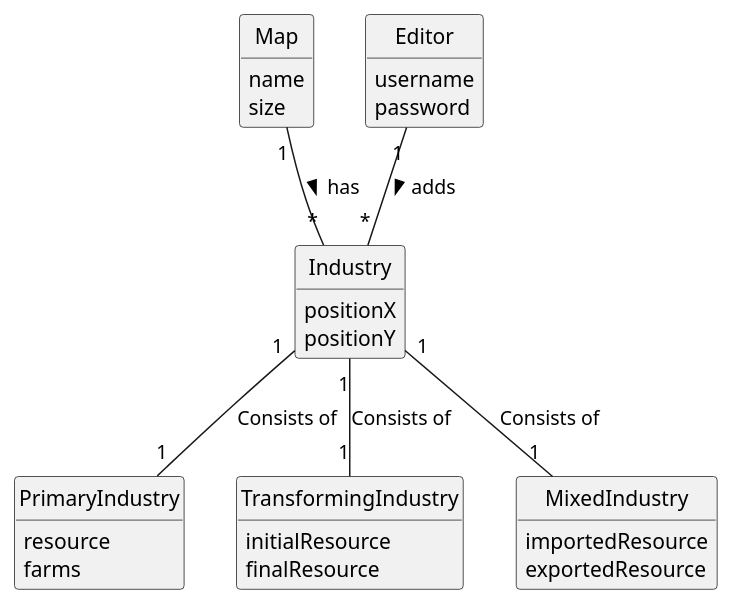
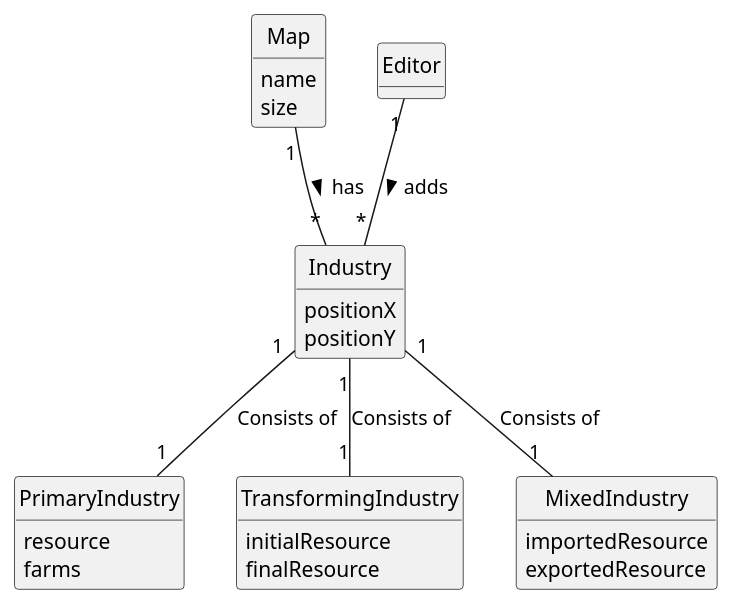
The diagram in docs/system-documentation/US002/02.analysis/puml/US002-DM.puml (bruno-monteiro5/sem2-pi-24.25-g132-repo), drawn with PlantUML before and after one commit. The commit also changed 4 other files, not shown here.

```diff
--- a/docs/system-documentation/US002/02.analysis/puml/US002-DM.puml
+++ b/docs/system-documentation/US002/02.analysis/puml/US002-DM.puml
@@ -1,55 +1,53 @@
 @startuml
 skinparam monochrome true
 skinparam packageStyle rectangle
 skinparam shadowing false
 
 'left to right direction
 
 skinparam classAttributeIconSize 0
 
 hide circle
 hide methods
 
 'title Domain Model
 
 class Map {
     name
     size
 }
 
 class Industry {
     positionX
     positionY
 }
 
 class PrimaryIndustry {
     resource
     farms
 }
 
 class TransformingIndustry {
     initialResource
     finalResource
 }
 
 class MixedIndustry {
     importedResource
     exportedResource
 }
 
 class Editor {
-    username
-    password
 
 }
 
 
 Editor "1" -- "*" Industry: adds >
 
 Map "1" -- "*" Industry : has >
 Industry "1" -- "1" PrimaryIndustry : Consists of
 Industry "1" -- "1" TransformingIndustry : Consists of
 Industry "1" -- "1" MixedIndustry : Consists of
 
 
 @enduml
```
